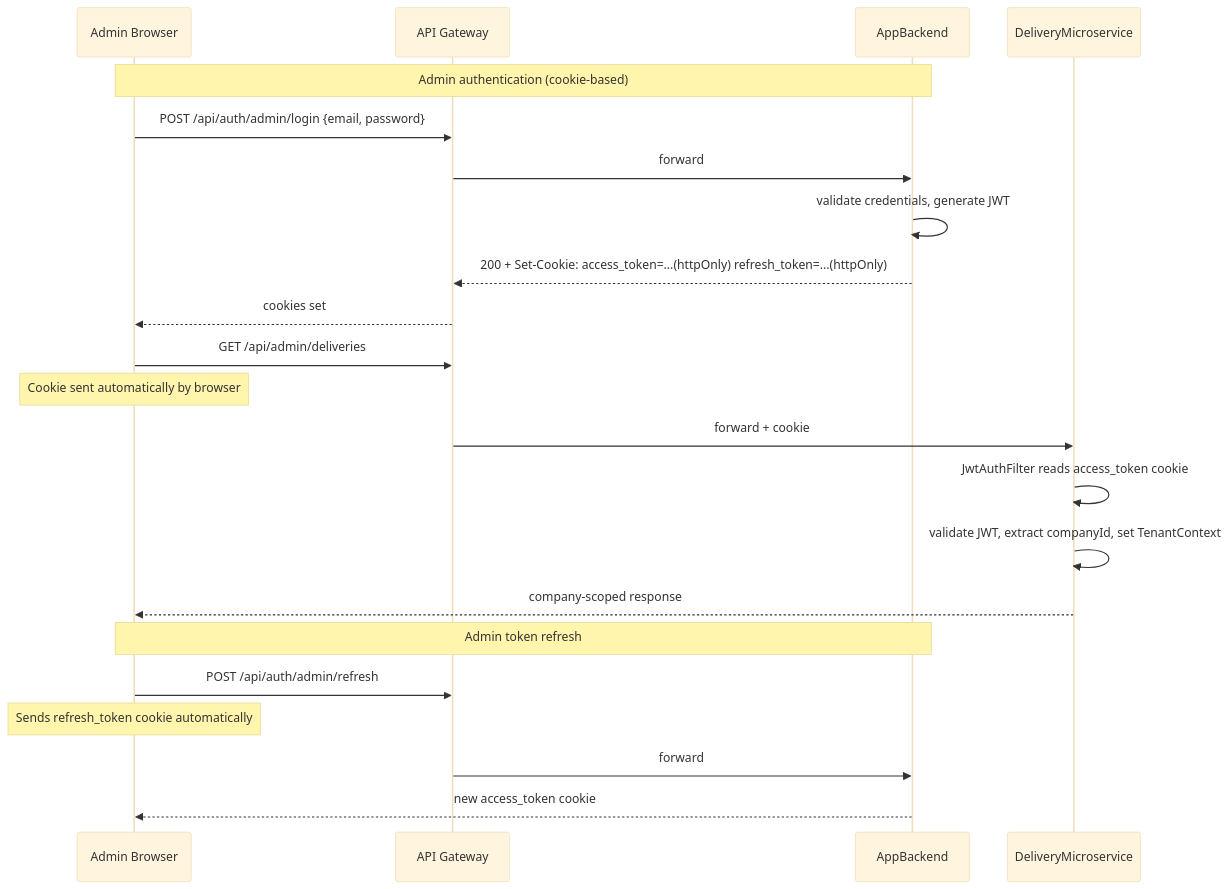
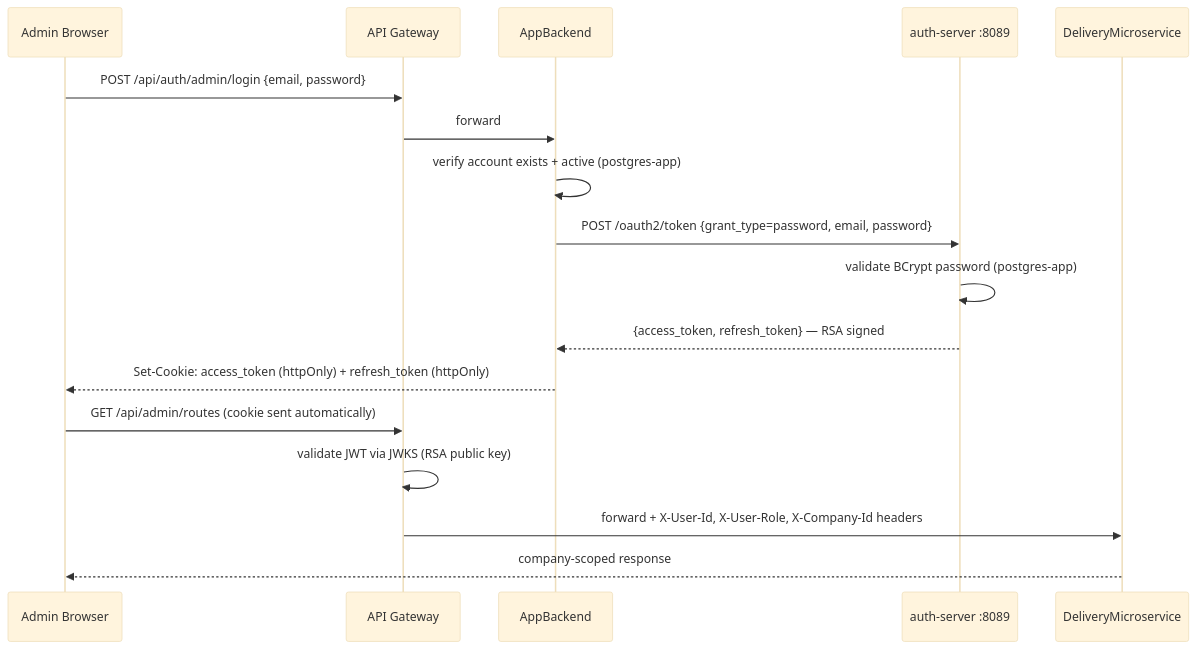
Before and after one commit to Moaziz667/asm-track: the first of 3 diagrams in docs/07-security-model.md, drawn with Mermaid (base theme). The commit also changed other lines of this file and 45 other files, not shown here.

Commit message:
auth-server

````diff
--- a/docs/07-security-model.md
+++ b/docs/07-security-model.md
@@ -7,27 +9,21 @@
 ```mermaid
 sequenceDiagram
     participant A as Admin Browser
     participant G as API Gateway
     participant AB as AppBackend
+    participant AS as auth-server :8089
     participant DL as DeliveryMicroservice
 
-    Note over A,AB: Admin authentication (cookie-based)
     A->>G: POST /api/auth/admin/login {email, password}
     G->>AB: forward
-    AB->>AB: validate credentials, generate JWT
-    AB-->>G: 200 + Set-Cookie: access_token=...(httpOnly) refresh_token=...(httpOnly)
-    G-->>A: cookies set
+    AB->>AB: verify account exists + active (postgres-app)
+    AB->>AS: POST /oauth2/token {grant_type=password, email, password}
+    AS->>AS: validate BCrypt password (postgres-app)
+    AS-->>AB: {access_token, refresh_token} — RSA signed
+    AB-->>A: Set-Cookie: access_token (httpOnly) + refresh_token (httpOnly)
 
-    A->>G: GET /api/admin/deliveries
-    Note over A: Cookie sent automatically by browser
-    G->>DL: forward + cookie
-    DL->>DL: JwtAuthFilter reads access_token cookie
-    DL->>DL: validate JWT, extract companyId, set TenantContext
+    A->>G: GET /api/admin/routes (cookie sent automatically)
+    G->>G: validate JWT via JWKS (RSA public key)
+    G->>DL: forward + X-User-Id, X-User-Role, X-Company-Id headers
     DL-->>A: company-scoped response
-
-    Note over A,AB: Admin token refresh
-    A->>G: POST /api/auth/admin/refresh
-    Note over A: Sends refresh_token cookie automatically
-    G->>AB: forward
-    AB-->>A: new access_token cookie
 ```
````
